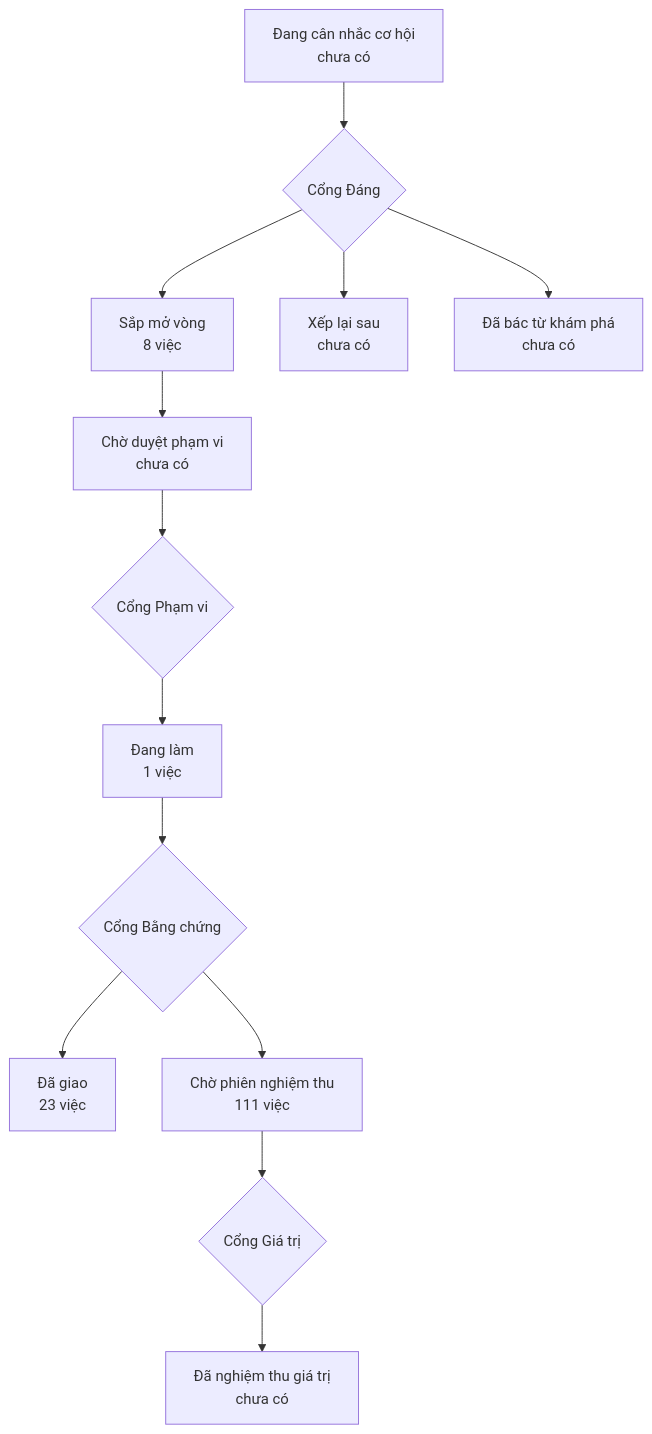
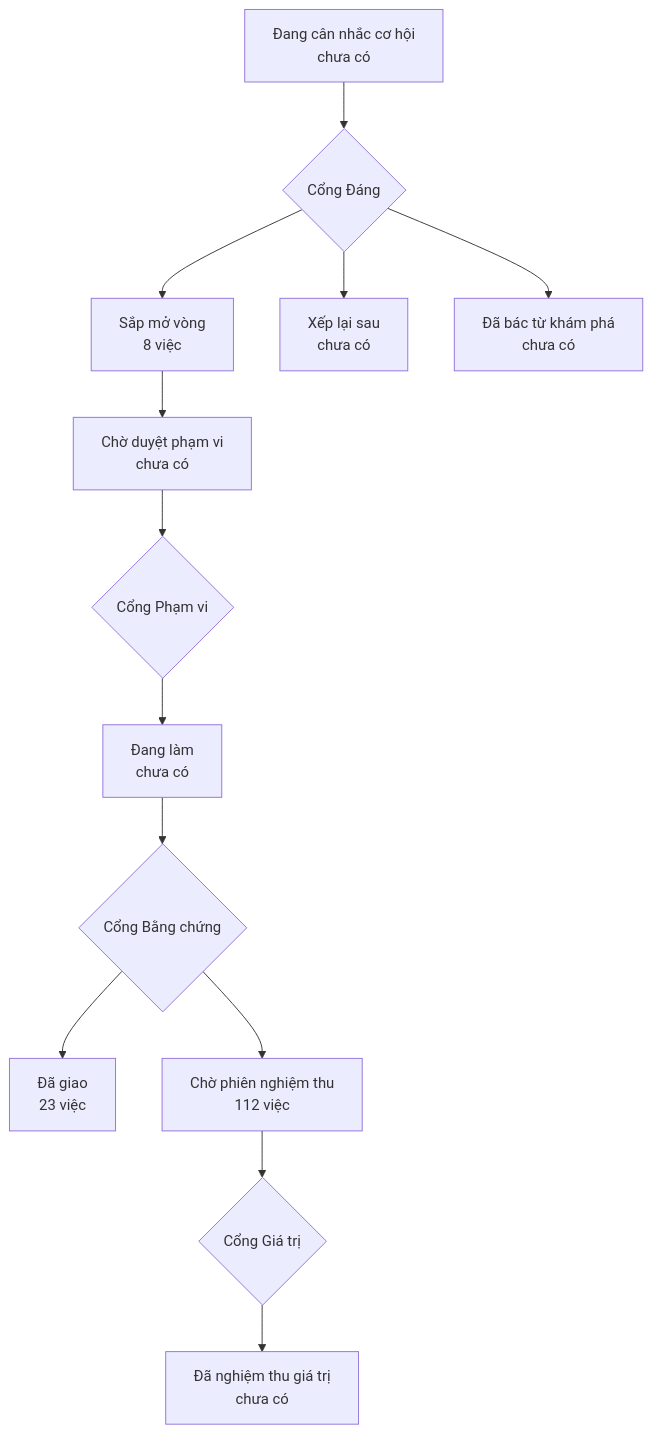
The diagram in PRODUCT-MAP.md (phanlemanh/onehub-quy-hang), drawn with Mermaid before and after one commit. The commit also changed other lines of this file and 7 other files, not shown here.

````diff
--- a/PRODUCT-MAP.md
+++ b/PRODUCT-MAP.md
@@ -7,12 +7,12 @@
 ```mermaid
 flowchart TD
   A["Đang cân nhắc cơ hội<br/>chưa có"] --> GD{"Cổng Đáng"}
   GD --> B["Sắp mở vòng<br/>8 việc"]
   GD --> XL["Xếp lại sau<br/>chưa có"]
   GD --> DB["Đã bác từ khám phá<br/>chưa có"]
   B --> CD["Chờ duyệt phạm vi<br/>chưa có"] --> GP{"Cổng Phạm vi"}
-  GP --> DL["Đang làm<br/>1 việc"] --> GB{"Cổng Bằng chứng"}
+  GP --> DL["Đang làm<br/>chưa có"] --> GB{"Cổng Bằng chứng"}
   GB --> DG["Đã giao<br/>23 việc"]
-  GB --> CN["Chờ phiên nghiệm thu<br/>111 việc"] --> GG{"Cổng Giá trị"}
+  GB --> CN["Chờ phiên nghiệm thu<br/>112 việc"] --> GG{"Cổng Giá trị"}
   GG --> NT["Đã nghiệm thu giá trị<br/>chưa có"]
 ```
````
